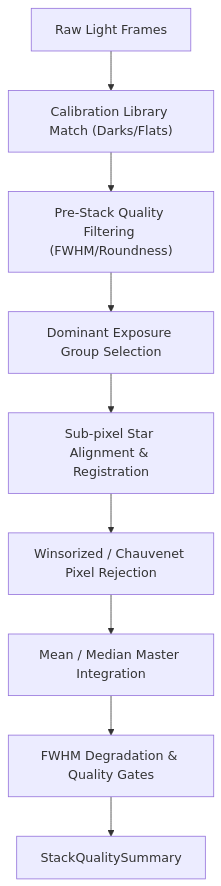
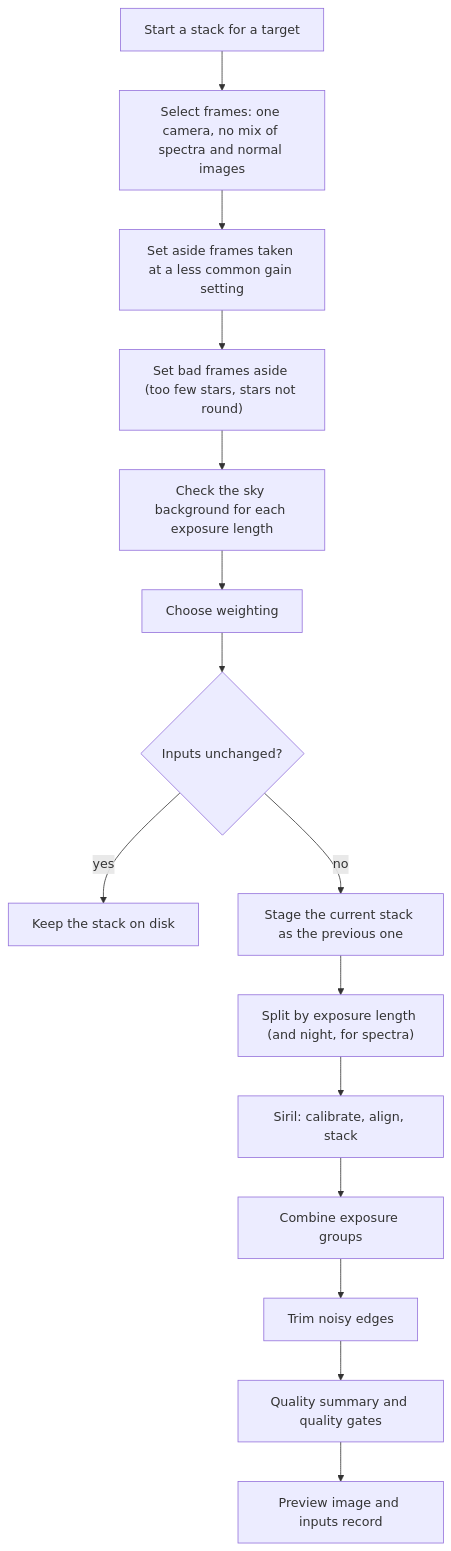
One commit to m1chae2/astrometrics changed the diagram in documentation/library_design/pipelines/stacking.md. Above: the diagram before and after it, drawn with Mermaid. The commit also changed other lines of this file and 281 other files, not shown here.

````diff
--- a/documentation/library_design/pipelines/stacking.md
+++ b/documentation/library_design/pipelines/stacking.md
@@ -19,11 +31,17 @@
 ```mermaid
 flowchart TD
-    A["Raw Light Frames"] --> B["Calibration Library Match (Darks/Flats)"]
-    B --> C["Pre-Stack Quality Filtering (FWHM/Roundness)"]
-    C --> D["Dominant Exposure Group Selection"]
-    D --> E["Sub-pixel Star Alignment & Registration"]
-    E --> F["Winsorized / Chauvenet Pixel Rejection"]
-    F --> G["Mean / Median Master Integration"]
-    G --> H["FWHM Degradation & Quality Gates"]
-    H --> I["StackQualitySummary"]
+    A["Start a stack for a target"] --> B["Select frames: one camera, no mix of spectra and normal images"]
+    B --> C["Set aside frames taken at a less common gain setting"]
+    C --> D["Set bad frames aside (too few stars, stars not round)"]
+    D --> E["Check the sky background for each exposure length"]
+    E --> F["Choose weighting"]
+    F --> G{"Inputs unchanged?"}
+    G -- yes --> H["Keep the stack on disk"]
+    G -- no --> I["Stage the current stack as the previous one"]
+    I --> J["Split by exposure length (and night, for spectra)"]
+    J --> K["Siril: calibrate, align, stack"]
+    K --> L["Combine exposure groups"]
+    L --> M["Trim noisy edges"]
+    M --> N["Quality summary and quality gates"]
+    N --> O["Preview image and inputs record"]
 ```
````
